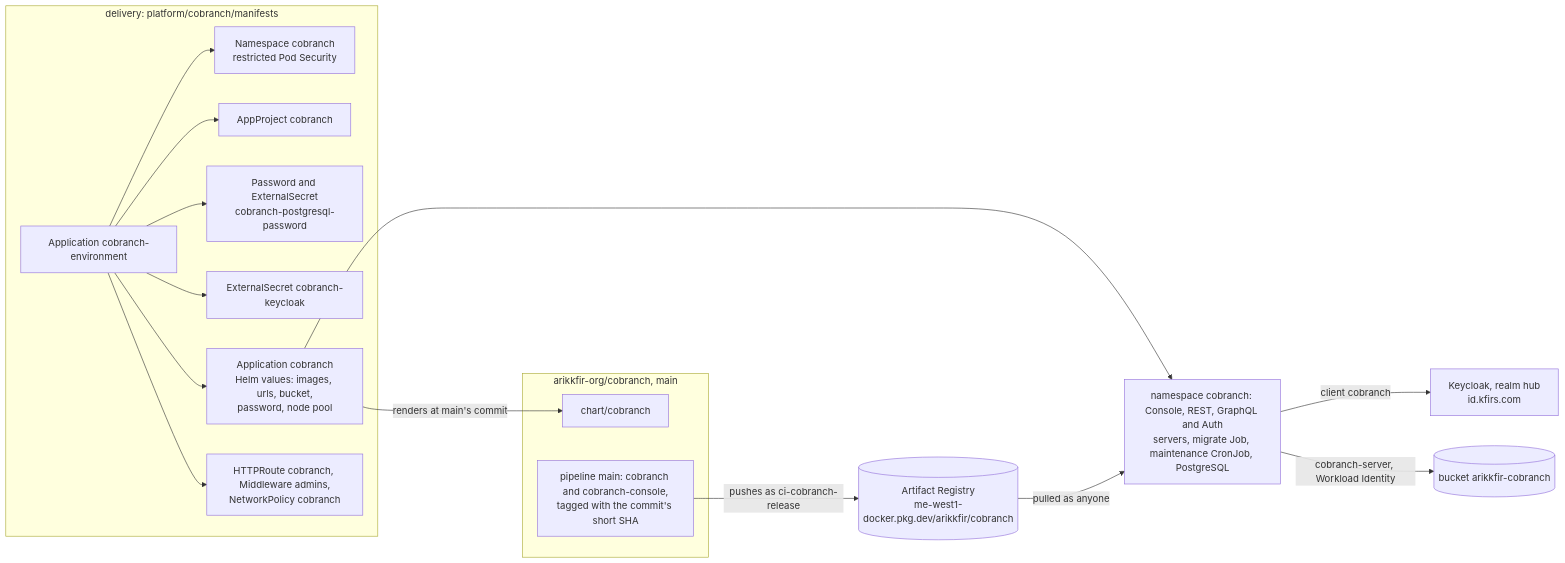
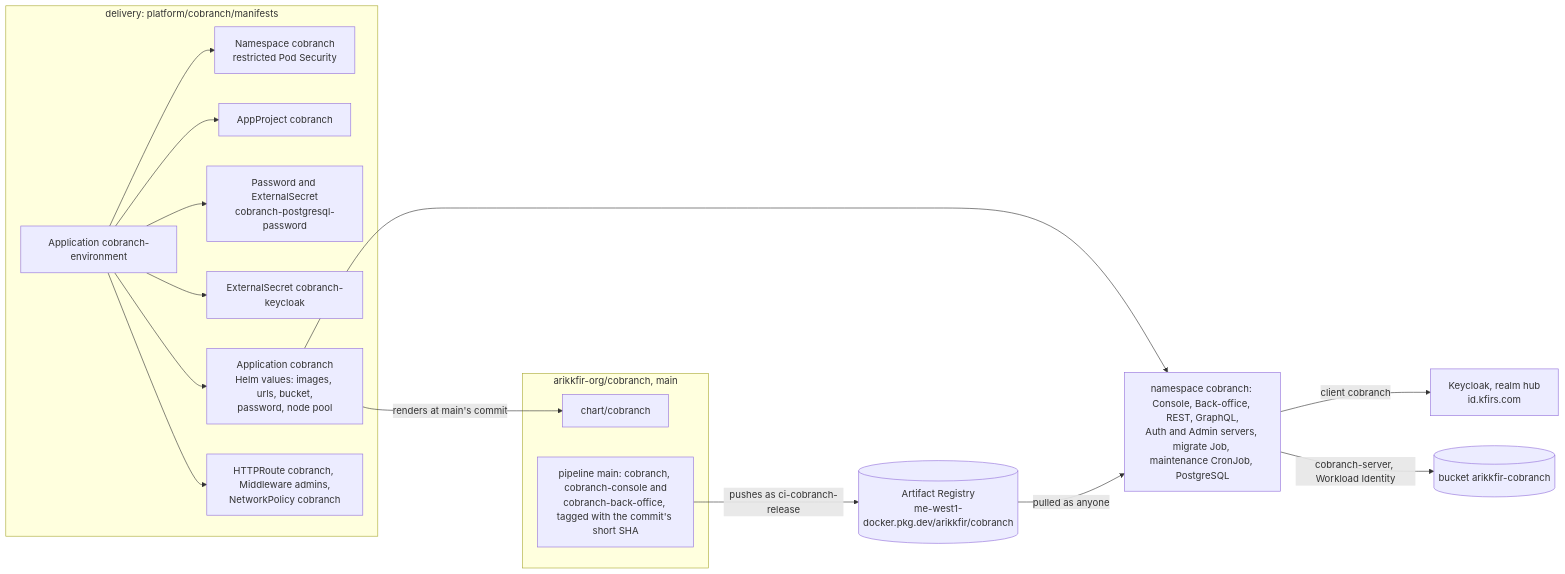
Before and after one commit to arikkfir-org/delivery: the first of 2 diagrams in docs/delivery/designs/cobranch.md, drawn with Mermaid. The commit also changed other lines of this file and 9 other files, not shown here.

First line of the commit message:
feat(cobranch): run the Admin server and the Back-office

````diff
--- a/docs/delivery/designs/cobranch.md
+++ b/docs/delivery/designs/cobranch.md
@@ -13,21 +13,21 @@
 ```mermaid
 flowchart LR
   subgraph cobranchrepo["arikkfir-org/cobranch, main"]
     Chart["chart/cobranch"]
-    Main["pipeline main: cobranch and cobranch-console,<br/>tagged with the commit's short SHA"]
+    Main["pipeline main: cobranch, cobranch-console and<br/>cobranch-back-office, tagged with the commit's short SHA"]
   end
   subgraph delivery["delivery: platform/cobranch/manifests"]
     Env["Application cobranch-environment"] --> NS["Namespace cobranch<br/>restricted Pod Security"]
     Env --> Project["AppProject cobranch"]
     Env --> Pass["Password and ExternalSecret<br/>cobranch-postgresql-password"]
     Env --> KC["ExternalSecret cobranch-keycloak"]
     Env --> App["Application cobranch<br/>Helm values: images, urls, bucket,<br/>password, node pool"]
     Env --> Gate["HTTPRoute cobranch, Middleware admins,<br/>NetworkPolicy cobranch"]
   end
   Main -- "pushes as ci-cobranch-release" --> Reg[("Artifact Registry<br/>me-west1-docker.pkg.dev/arikkfir/cobranch")]
   App -- "renders at main's commit" --> Chart
-  App --> Pods["namespace cobranch: Console, REST, GraphQL and Auth<br/>servers, migrate Job, maintenance CronJob, PostgreSQL"]
+  App --> Pods["namespace cobranch: Console, Back-office, REST, GraphQL,<br/>Auth and Admin servers, migrate Job, maintenance CronJob, PostgreSQL"]
   Pods -- "client cobranch" --> Keycloak["Keycloak, realm hub<br/>id.kfirs.com"]
   Reg -- "pulled as anyone" --> Pods
   Pods -- "cobranch-server, Workload Identity" --> Bucket[("bucket arikkfir-cobranch")]
 ```
````
